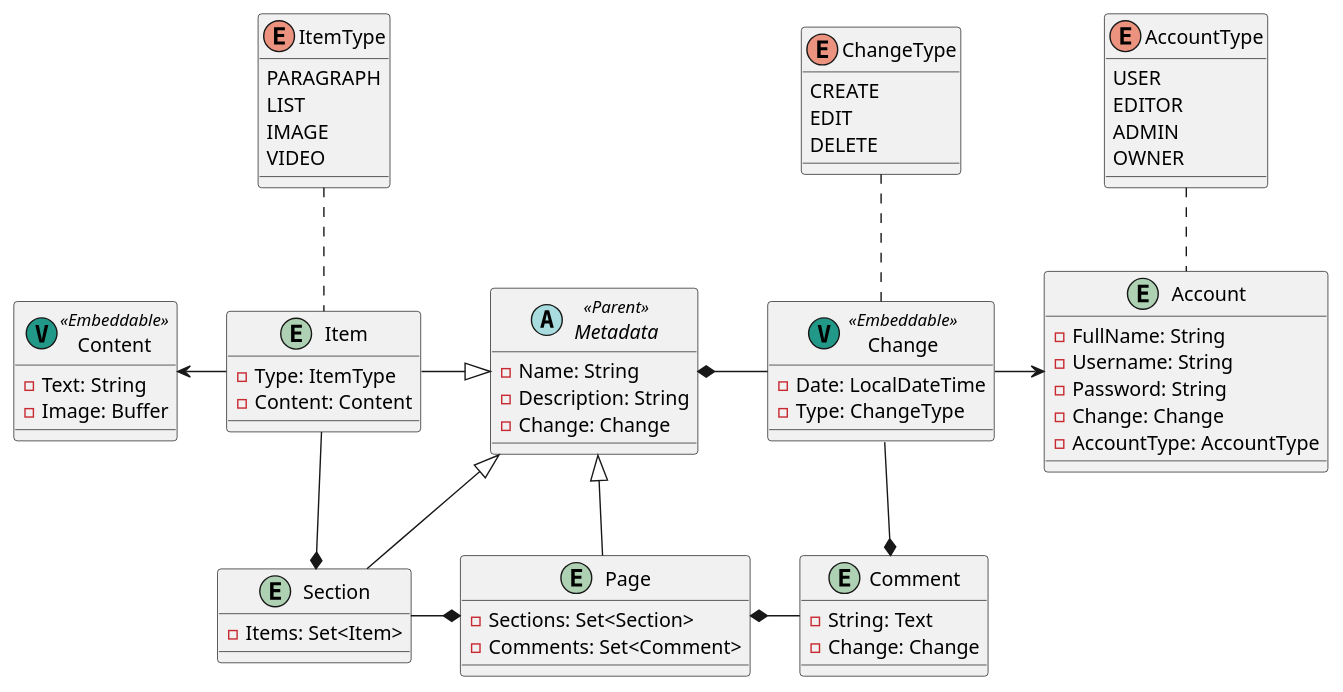
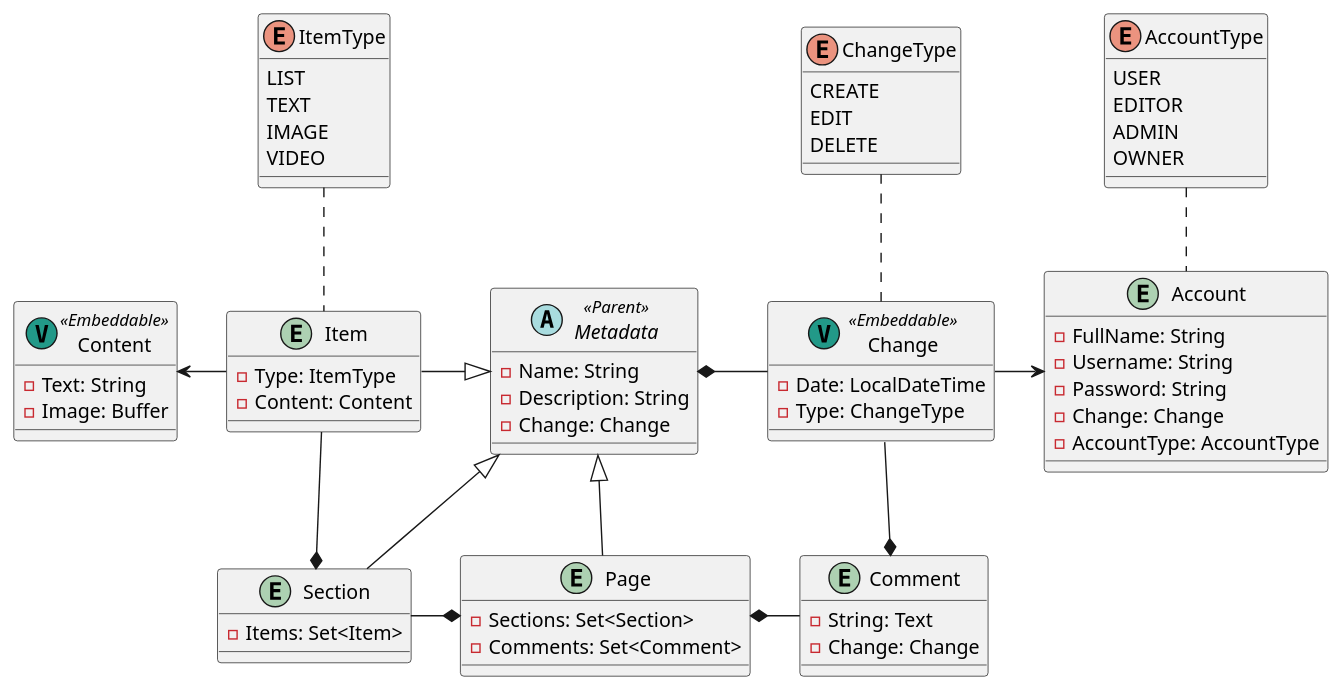
The diagram in src/main/plantuml/5. Main - Production.puml (LouisFerro/HFW-HighlyFunctionalWiki), drawn with PlantUML before and after one commit. The commit also changed 1 other file, not shown here.

```diff
--- a/src/main/plantuml/5. Main - Production.puml
+++ b/src/main/plantuml/5. Main - Production.puml
@@ -1,98 +1,98 @@
 @startuml
 'https://plantuml.com/class-diagram'
 
 abstract class Metadata <<Parent>>
 {
     - Name: String
     - Description: String
     - Change: Change
 }
 
 entity Page
 {
     - Sections: Set<Section>
     - Comments: Set<Comment>
 }
 
 entity Section
 {
     - Items: Set<Item>
 }
 
 entity Item
 {
     - Type: ItemType
     - Content: Content
 }
 
 enum ItemType
 {
-    PARAGRAPH
     LIST
+    TEXT
     IMAGE
     VIDEO
 }
 
 entity Content <<(V, #229988)Embeddable>>
 {
     - Text: String
     - Image: Buffer
 }
 
 entity Comment
 {
     - String: Text
     - Change: Change
 }
 
 entity Account
 {
     - FullName: String
     - Username: String
     - Password: String
     - Change: Change
     - AccountType: AccountType
 }
 
 enum AccountType
 {
     USER
     EDITOR
     ADMIN
     OWNER
 }
 
 entity Change <<(V, #229988)Embeddable>>
 {
     - Date: LocalDateTime
     - Type: ChangeType
 }
 
 enum ChangeType
 {
     CREATE
     EDIT
     DELETE
 }
 
 Account .up. AccountType
 
 Change -left-* Metadata
 Change -right-> Account
 Change -down-* Comment
 Change .up. ChangeType
 
 Comment -left-* Page
 
 Page -up-|> Metadata
 
 Section -up-|> Metadata
 Section -right-* Page
 
 Item -right-|> Metadata
 Item -down-* Section
 Item -left-> Content
 Item .up. ItemType
 
 
 @enduml
```
